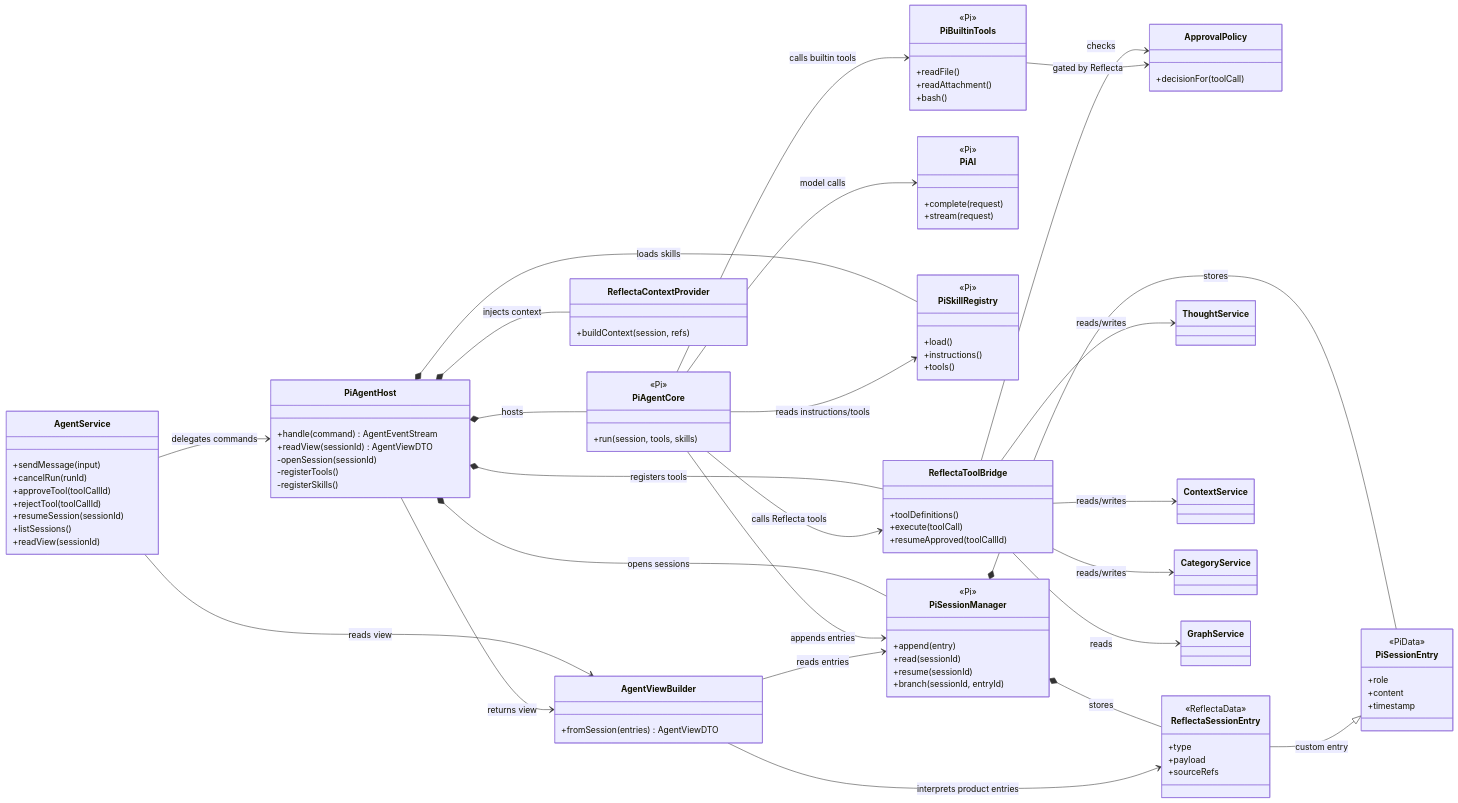
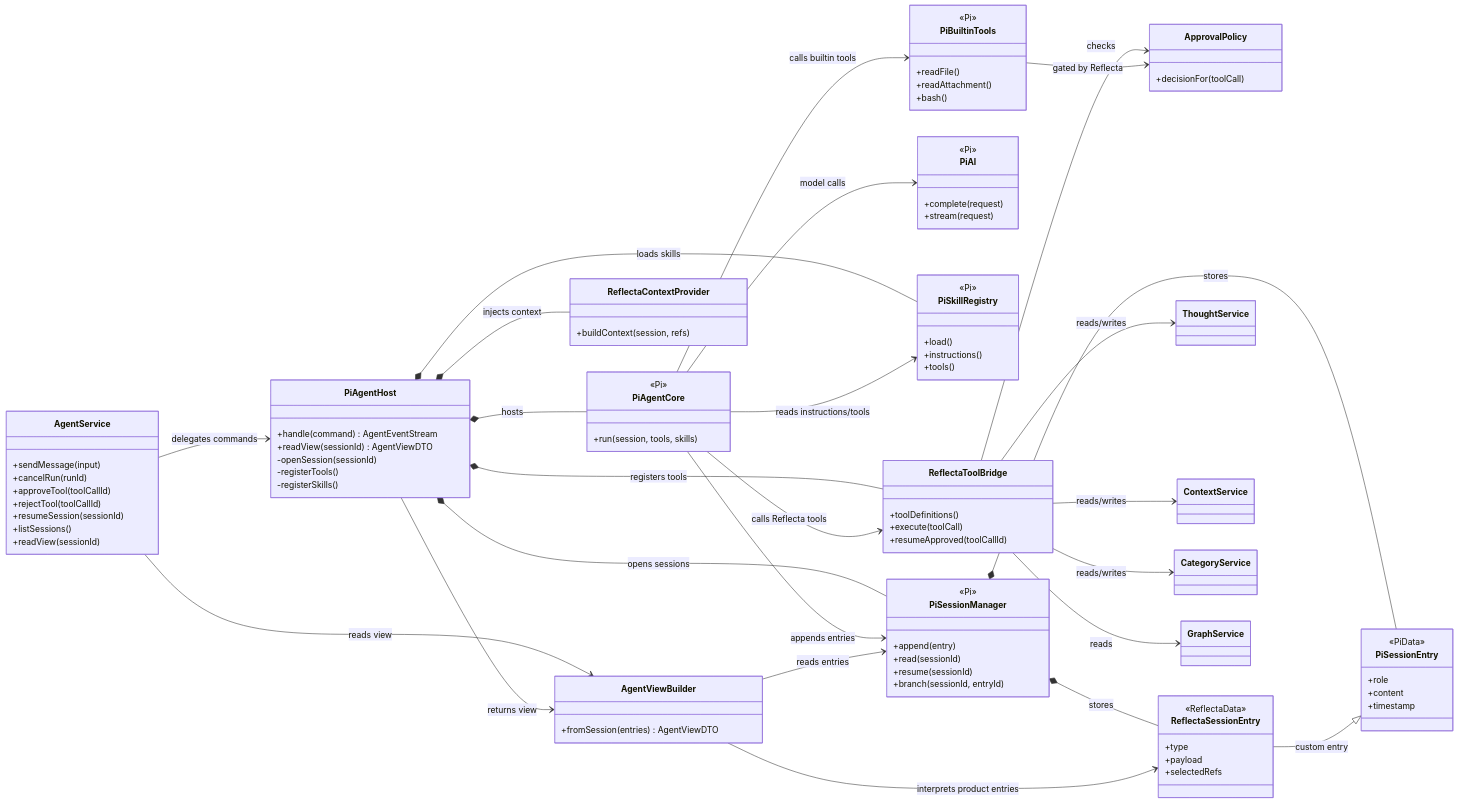
One commit to Floribunda1/reflecta changed the second of 6 diagrams in docs/iterations/v1.1.0/tech/agent-pi-runtime-architecture.md. Above: the diagram before and after it, drawn with Mermaid. The commit also changed other lines of this file and 6 other files, not shown here.

```diff
--- a/docs/iterations/v1.1.0/tech/agent-pi-runtime-architecture.md
+++ b/docs/iterations/v1.1.0/tech/agent-pi-runtime-architecture.md
@@ -178,7 +178,7 @@
     <<ReflectaData>>
     +type
     +payload
-    +sourceRefs
+    +selectedRefs
   }
 
   class ThoughtService
```
